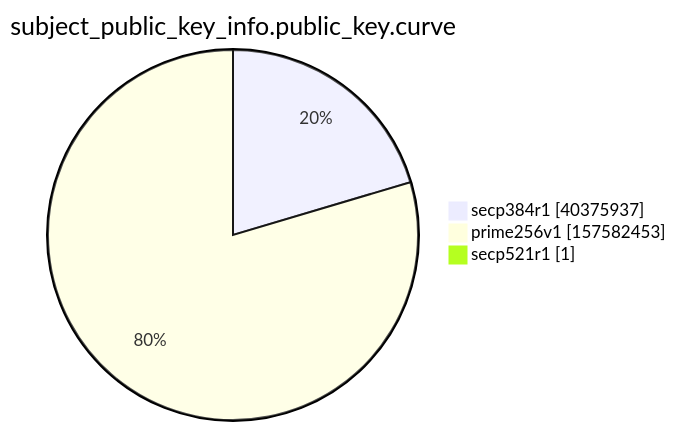
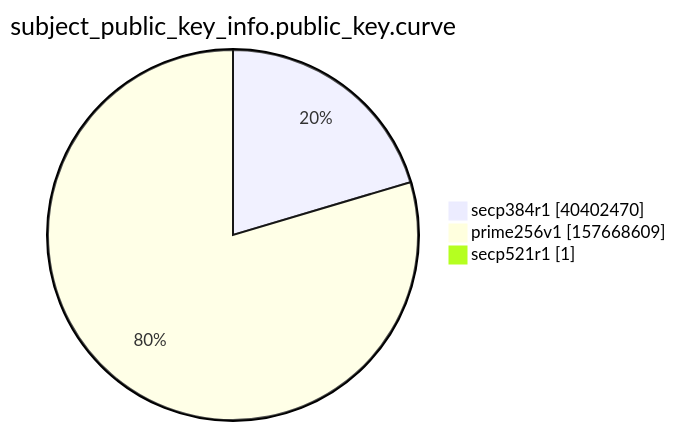
Before and after one commit to christiankrug/ctmonitor_visualization: the ninth of 15 diagrams in xenon2022/README.md, drawn with Mermaid. The commit also changed other lines of this file, not shown here.

````diff
--- a/xenon2022/README.md
+++ b/xenon2022/README.md
@@ -2866,7 +2866,7 @@
 ```mermaid
 pie showData
 title subject_public_key_info.public_key.curve
-"secp384r1" :40375937
-"prime256v1" :157582453
+"secp384r1" :40402470
+"prime256v1" :157668609
 "secp521r1" :1
 ```
````
